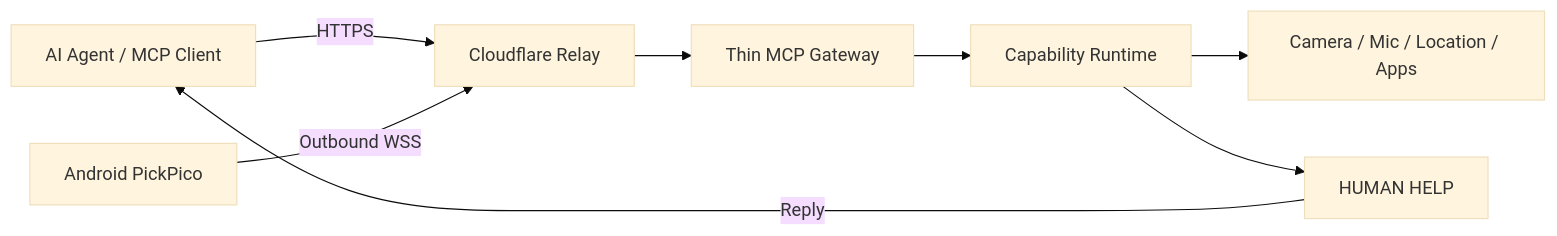
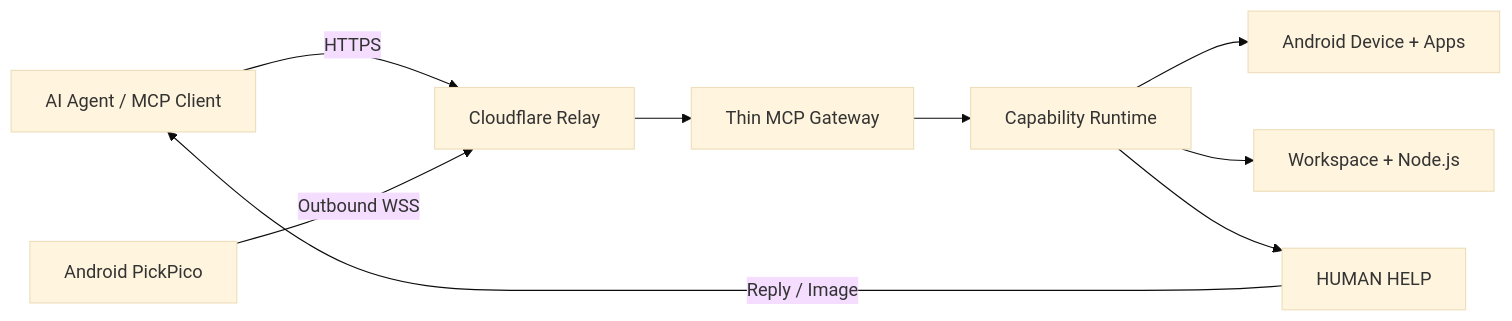
The diagram in README.md (mabyes1/PickPico), drawn with Mermaid (base theme) before and after one commit. The commit also changed other lines of this file, not shown here.

````diff
--- a/README.md
+++ b/README.md
@@ -36,18 +128,20 @@
 ```mermaid
 flowchart LR
     AGENT[AI Agent / MCP Client]
     RELAY[Cloudflare Relay]
     PHONE[Android PickPico]
-    MCP[Thin MCP Gateway]
+    GATEWAY[Thin MCP Gateway]
     RUNTIME[Capability Runtime]
-    WORLD[Camera / Mic / Location / Apps]
+    DEVICE[Android Device + Apps]
+    NODE[Workspace + Node.js]
     HUMAN[HUMAN HELP]
 
     AGENT -->|HTTPS| RELAY
     PHONE -->|Outbound WSS| RELAY
-    RELAY --> MCP
-    MCP --> RUNTIME
-    RUNTIME --> WORLD
+    RELAY --> GATEWAY
+    GATEWAY --> RUNTIME
+    RUNTIME --> DEVICE
+    RUNTIME --> NODE
     RUNTIME --> HUMAN
-    HUMAN -->|Reply| AGENT
+    HUMAN -->|Reply / Image| AGENT
 ```
````
